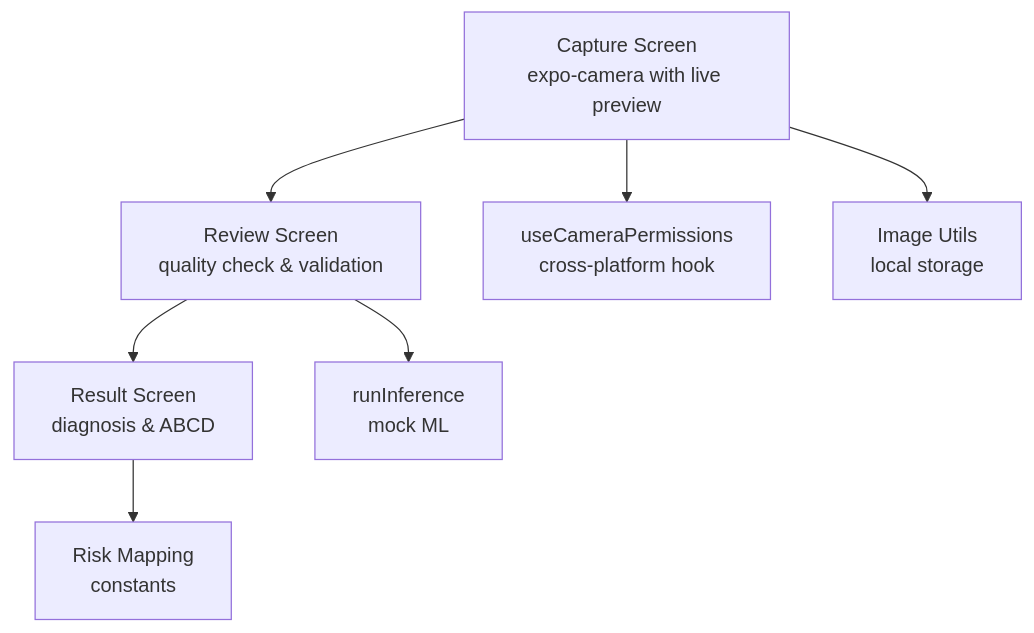
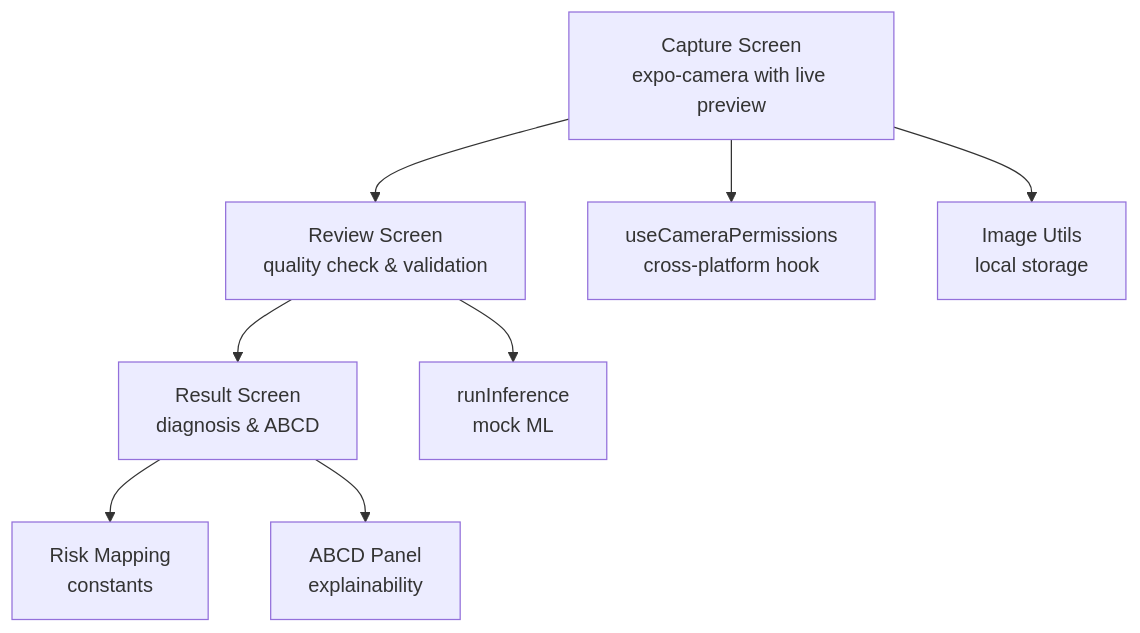
One commit to AdeelTahir-SE/DermSight changed the first of 9 diagrams in .qoder/repowiki/en/content/Camera Integration.md. Above: the diagram before and after it, drawn with Mermaid. The commit also changed other lines of this file and 33 other files, not shown here.

````diff
--- a/.qoder/repowiki/en/content/Camera Integration.md
+++ b/.qoder/repowiki/en/content/Camera Integration.md
@@ -50,9 +52,10 @@
 ```mermaid
 graph TB
 Capture["Capture Screen<br/>expo-camera with live preview"] --> Review["Review Screen<br/>quality check & validation"]
 Review --> Result["Result Screen<br/>diagnosis & ABCD"]
 Capture --> Permissions["useCameraPermissions<br/>cross-platform hook"]
 Review --> Inference["runInference<br/>mock ML"]
 Capture --> Images["Image Utils<br/>local storage"]
 Result --> Risk["Risk Mapping<br/>constants"]
+Result --> ABCD["ABCD Panel<br/>explainability"]
 ```
````
